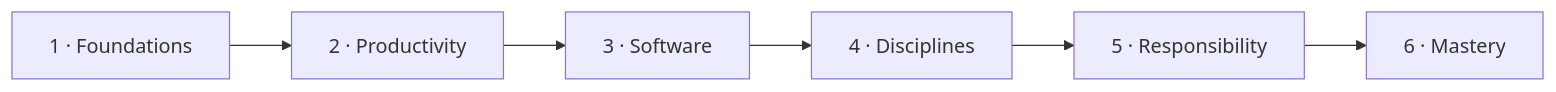
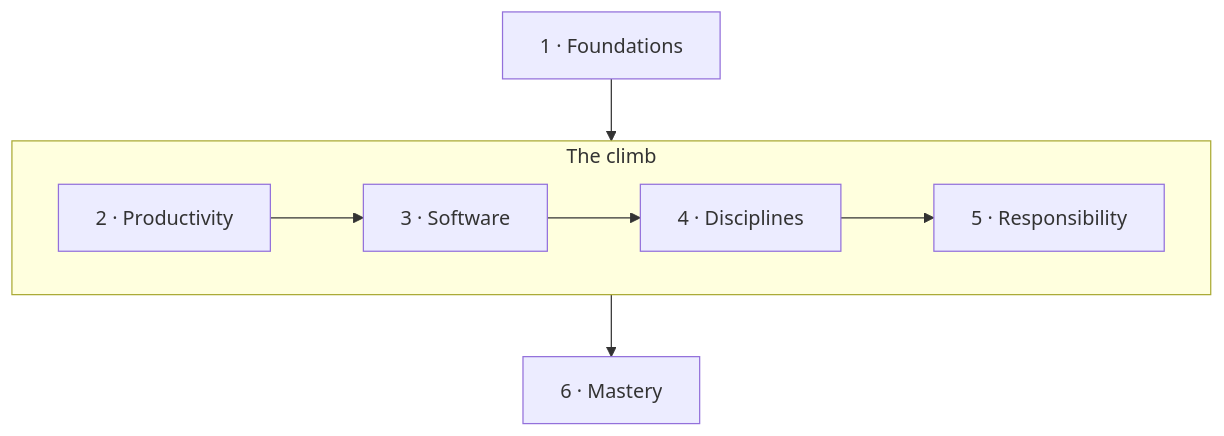
One commit to ChristineTham/aidou changed the second of 2 diagrams in book/00-preface.md. Above: the diagram before and after it, drawn with Mermaid. The commit also changed other lines of this file and 74 other files, not shown here.

````diff
--- a/book/00-preface.md
+++ b/book/00-preface.md
@@ -72,8 +97,11 @@
 ```mermaid
-flowchart LR
-  C1[1 · Foundations] --> C2[2 · Productivity]
-  C2 --> C3[3 · Software]
-  C3 --> C4[4 · Disciplines]
-  C4 --> C5[5 · Responsibility]
-  C5 --> C6[6 · Mastery]
+flowchart TB
+  C1["1 · Foundations"] --> C2
+  subgraph climb [The climb]
+    direction LR
+    C2["2 · Productivity"] --> C3["3 · Software"]
+    C3 --> C4["4 · Disciplines"]
+    C4 --> C5["5 · Responsibility"]
+  end
+  C5 --> C6["6 · Mastery"]
 ```
````
